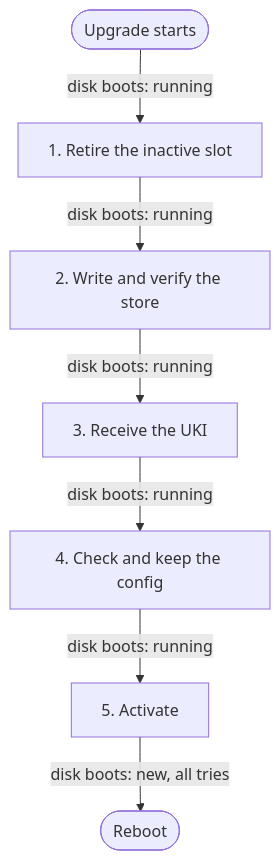
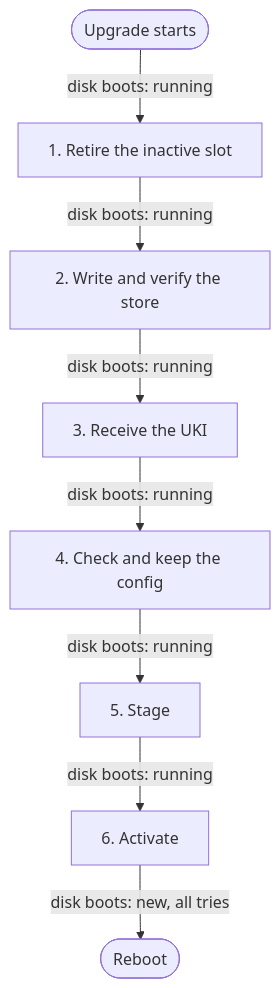
Before and after one commit to trevex/chalkos: the diagram in docs/how-it-works/node/upgrades.md, drawn with Mermaid. The commit also changed other lines of this file and 12 other files, not shown here.

````diff
--- a/docs/how-it-works/node/upgrades.md
+++ b/docs/how-it-works/node/upgrades.md
@@ -190,9 +192,10 @@
 ```mermaid
 flowchart TD
     start(["Upgrade starts"]) -->|"disk boots: running"| retire["1. Retire the inactive slot"]
     retire -->|"disk boots: running"| write["2. Write and verify the store"]
     write -->|"disk boots: running"| uki["3. Receive the UKI"]
     uki -->|"disk boots: running"| config["4. Check and keep the config"]
-    config -->|"disk boots: running"| activate["5. Activate"]
+    config -->|"disk boots: running"| stage["5. Stage"]
+    stage -->|"disk boots: running"| activate["6. Activate"]
     activate -->|"disk boots: new, all tries"| reboot(["Reboot"])
 ```
````
